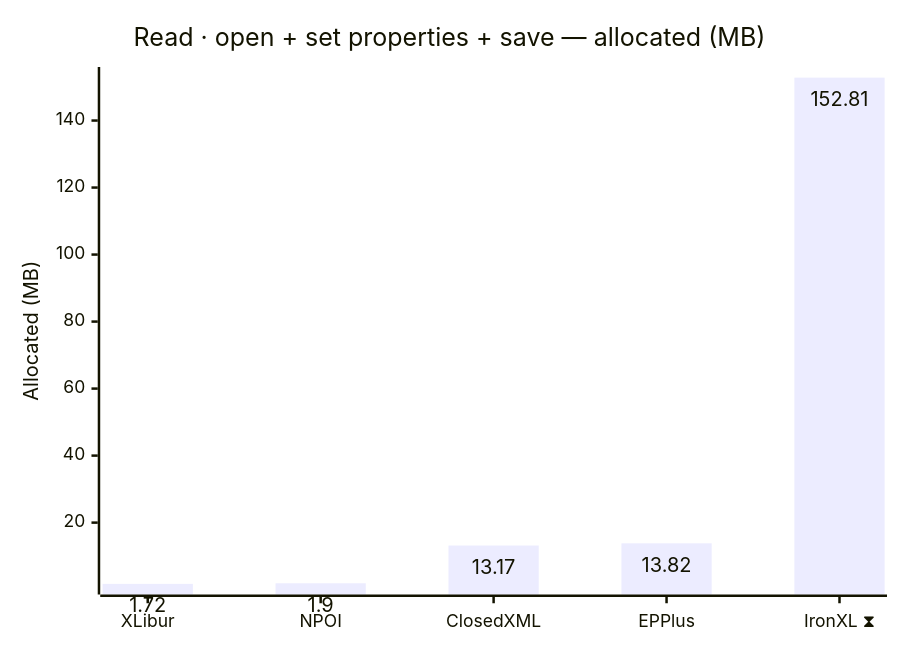
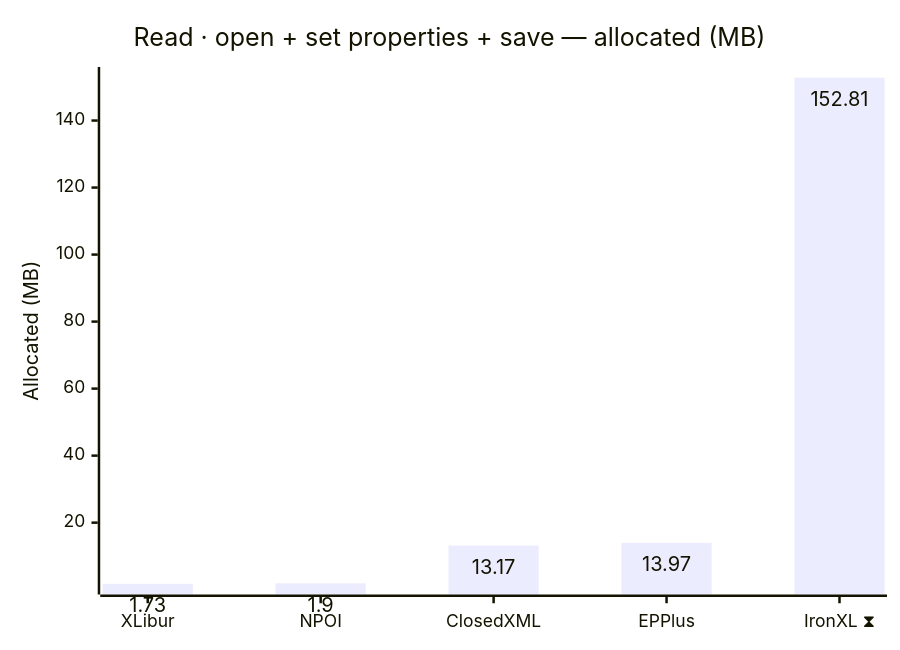
The second of 12 diagrams in docs/results-ci.md (jafin/XLBench), drawn with Mermaid before and after one commit. The commit also changed other lines of this file, not shown here.

````diff
--- a/docs/results-ci.md
+++ b/docs/results-ci.md
@@ -54,12 +54,12 @@
 ```mermaid
 ---
 config:
   xyChart:
     showDataLabel: true
 ---
 xychart-beta
     title "Read · open + set properties + save — allocated (MB)"
     x-axis ["XLibur", "NPOI", "ClosedXML", "EPPlus", "IronXL ⧗"]
     y-axis "Allocated (MB)"
-    bar [1.72, 1.9, 13.17, 13.82, 152.81]
+    bar [1.73, 1.9, 13.17, 13.97, 152.81]
 ```
````
